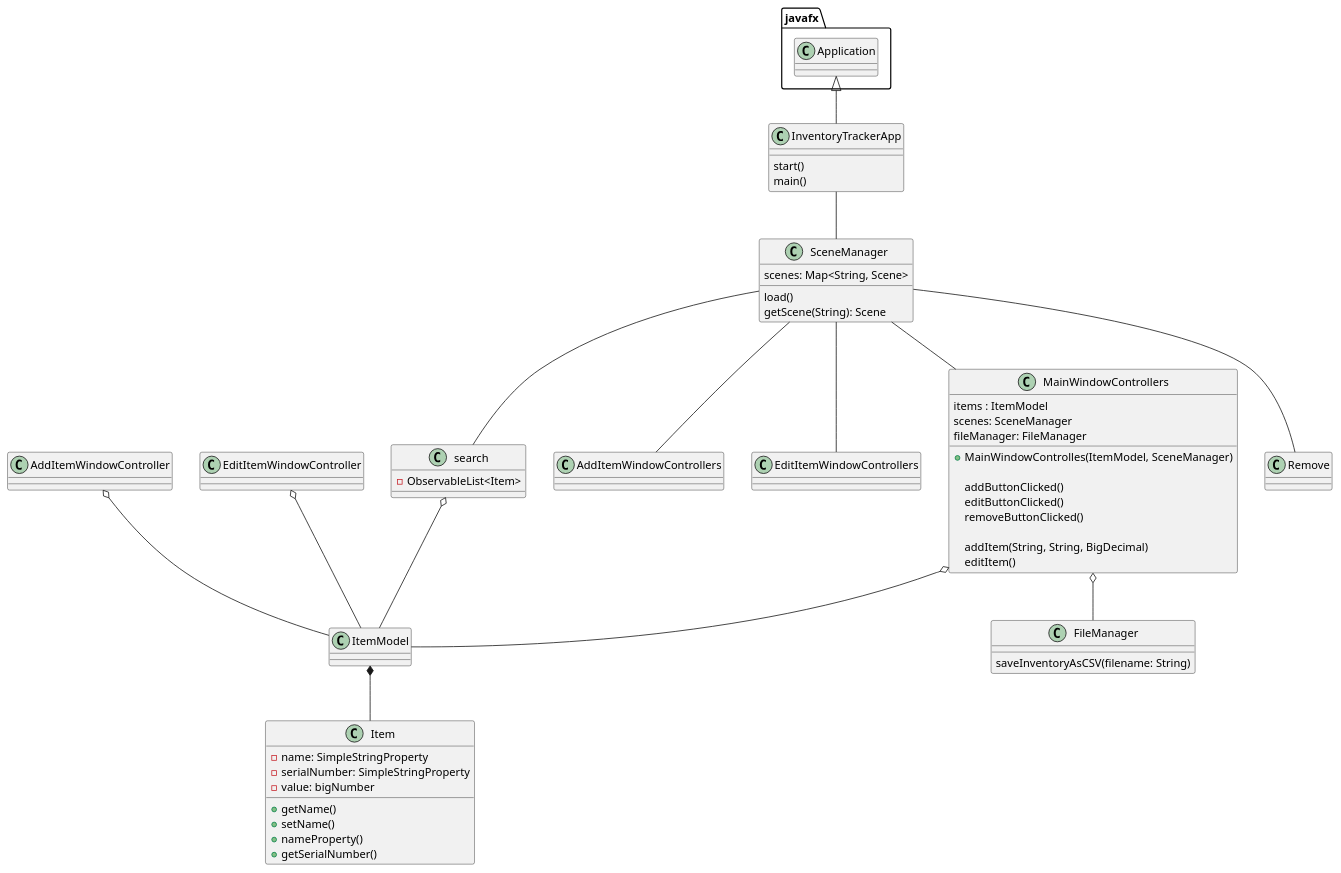
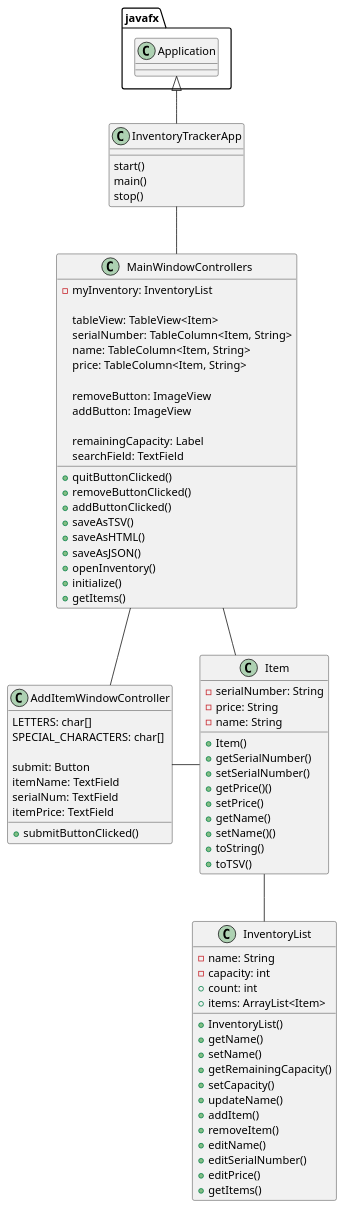
One commit to Melisac105/cabrera-2589-a5 changed the diagram in uml/appDiagram.puml. Above: the diagram before and after it, drawn with PlantUML. The commit also changed 7 other files, not shown here.

Commit message:
update uml

```diff
--- a/uml/appDiagram.puml
+++ b/uml/appDiagram.puml
@@ -1,74 +1,91 @@
 @startuml
 'https://plantuml.com/sequence-diagram
 
 class InventoryTrackerApp {
     start()
     main()
-}
-
-class SceneManager {
-    scenes: Map<String, Scene>
-
-    load()
-    getScene(String): Scene
+    stop()
 }
 
 class MainWindowControllers {
-    items : ItemModel
-    scenes: SceneManager
-    fileManager: FileManager
+    - myInventory: InventoryList
 
-    + MainWindowControlles(ItemModel, SceneManager)
+    tableView: TableView<Item>
+    serialNumber: TableColumn<Item, String>
+    name: TableColumn<Item, String>
+    price: TableColumn<Item, String>
 
-    addButtonClicked()
-    editButtonClicked()
-    removeButtonClicked()
+    removeButton: ImageView
+    addButton: ImageView
 
-    addItem(String, String, BigDecimal)
-    editItem()
+    remainingCapacity: Label
+    searchField: TextField
+
+    + quitButtonClicked()
+    + removeButtonClicked()
+    + addButtonClicked()
+    + saveAsTSV()
+    + saveAsHTML()
+    + saveAsJSON()
+    + openInventory()
+    + initialize()
+    + getItems()
 }
 
 class AddItemWindowController {
-}
+    LETTERS: char[]
+    SPECIAL_CHARACTERS: char[]
 
-class EditItemWindowController {
-}
+    submit: Button
+    itemName: TextField
+    serialNum: TextField
+    itemPrice: TextField
 
-class Remove {
-}
-
-class search {
-    - ObservableList<Item>
+    + submitButtonClicked()
 }
 
 class Item {
-    - name: SimpleStringProperty
-    - serialNumber: SimpleStringProperty
-    - value: bigNumber
+        - serialNumber: String
+        - price: String
+        - name: String
 
+        + Item()
+        + getSerialNumber()
+        + setSerialNumber()
+        + getPrice()()
+        + setPrice()
+        + getName()
+        + setName()()
+        + toString()
+        + toTSV()
+}
+
+class InventoryList {
+    - name: String
+    - capacity: int
+    + count: int
+    + items: ArrayList<Item>
+
+    + InventoryList()
     + getName()
     + setName()
-    + nameProperty()
-    + getSerialNumber()
+    + getRemainingCapacity()
+    + setCapacity()
+    + updateName()
+    + addItem()
+    + removeItem()
+    + editName()
+    + editSerialNumber()
+    + editPrice()
+    + getItems()
 }
 
-class FileManager {
-    saveInventoryAsCSV(filename: String)
-
-}
 
 javafx.Application <|-- InventoryTrackerApp
-InventoryTrackerApp -- SceneManager
-SceneManager -- MainWindowControllers
-SceneManager -- AddItemWindowControllers
-SceneManager -- EditItemWindowControllers
-SceneManager -- Remove
-SceneManager -- search
-MainWindowControllers o-- ItemModel
-AddItemWindowController o-- ItemModel
-EditItemWindowController o-- ItemModel
-Remove o-- ItemModel
-search o-- ItemModel
-ItemModel *-- Item
-MainWindowControllers o-- FileManager
+InventoryTrackerApp -- MainWindowControllers
+MainWindowControllers -- AddItemWindowController
+MainWindowControllers - Item
+AddItemWindowController - Item
+Item -- InventoryList
+
 @enduml
```
